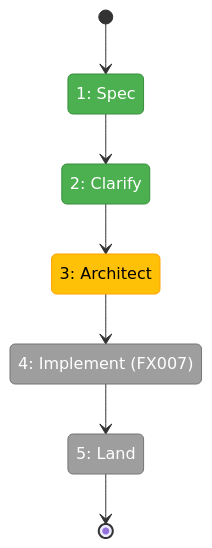
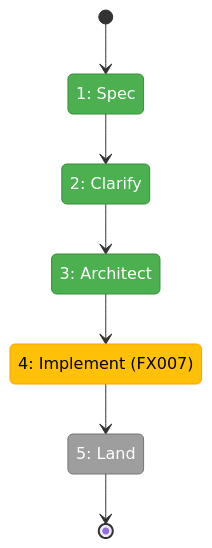
Before and after one commit to AI-Substrate/chainglass: the second of 2 diagrams in docs/plans/084-random-enhancements-3/copy-repo-url.fltplan.md, drawn with Mermaid. The commit also changed other lines of this file and 6 other files, not shown here.

````diff
--- a/docs/plans/084-random-enhancements-3/copy-repo-url.fltplan.md
+++ b/docs/plans/084-random-enhancements-3/copy-repo-url.fltplan.md
@@ -84,24 +84,24 @@
 ```mermaid
 stateDiagram-v2
     classDef pending fill:#9E9E9E,stroke:#757575,color:#fff
     classDef active fill:#FFC107,stroke:#FFA000,color:#000
     classDef done fill:#4CAF50,stroke:#388E3C,color:#fff
     classDef blocked fill:#F44336,stroke:#D32F2F,color:#fff
 
     state "1: Spec" as S1
     state "2: Clarify" as S2
     state "3: Architect" as S3
     state "4: Implement (FX007)" as S4
     state "5: Land" as S5
 
     [*] --> S1
     S1 --> S2
     S2 --> S3
     S3 --> S4
     S4 --> S5
     S5 --> [*]
 
-    class S1,S2 done
-    class S3 active
-    class S4,S5 pending
+    class S1,S2,S3 done
+    class S4 active
+    class S5 pending
 ```
````
